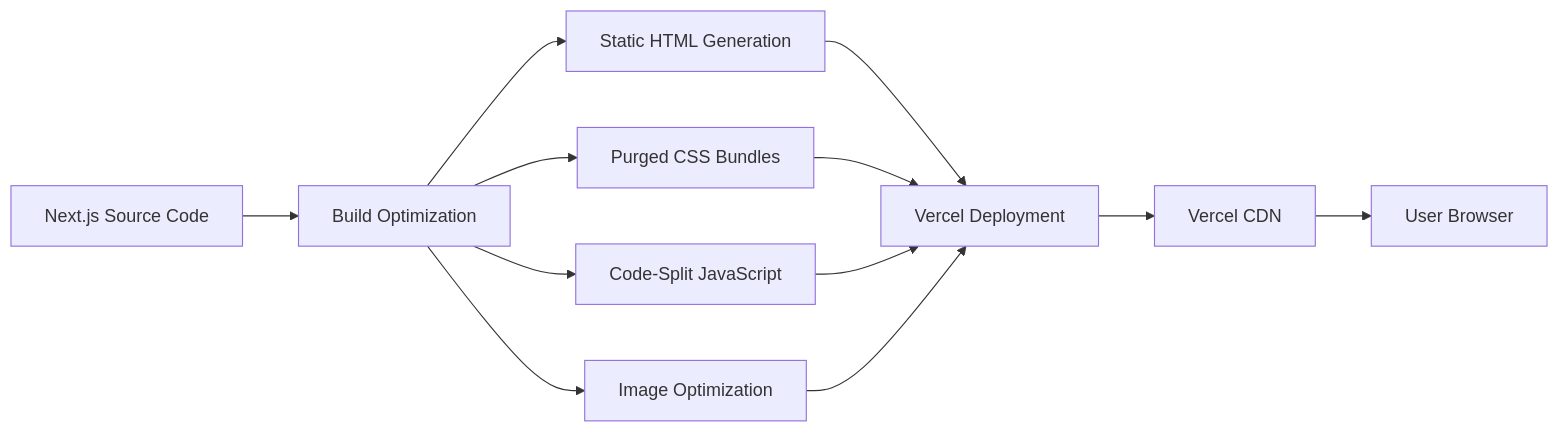
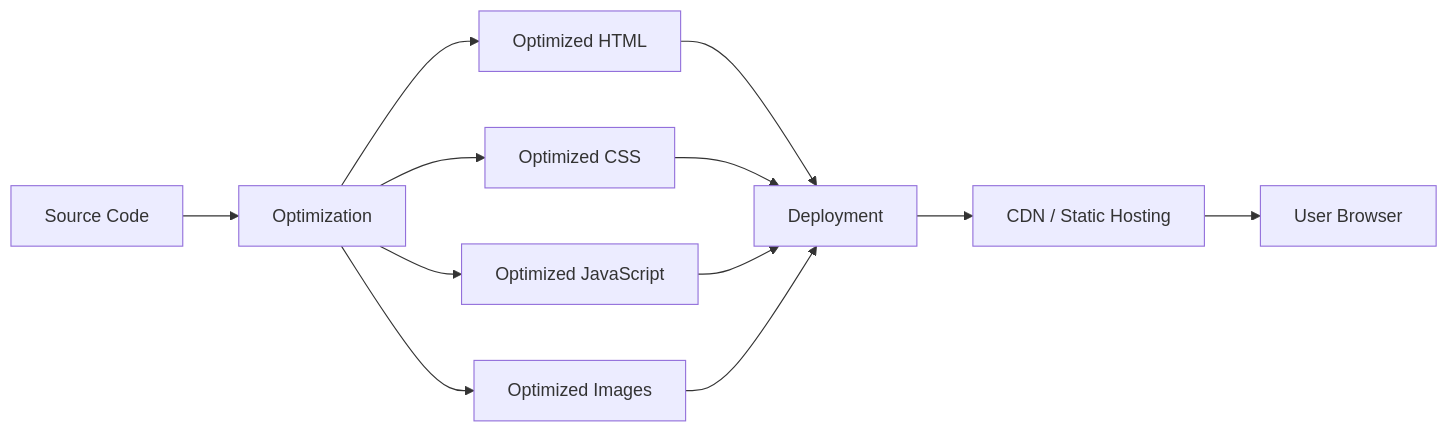
One commit to RishvinReddy/rishvin-reddy-portfolio changed the sixth of 9 diagrams in README.md. Above: the diagram before and after it, drawn with Mermaid. The commit also changed other lines of this file and 2 other files, not shown here.

````diff
--- a/README.md
+++ b/README.md
@@ -505,17 +540,21 @@
 ```mermaid
 flowchart LR
-    SRC[Next.js Source Code]
-    SRC --> OPT[Build Optimization]
-    OPT --> HTML[Static HTML Generation]
-    OPT --> CSS[Purged CSS Bundles]
-    OPT --> JS[Code-Split JavaScript]
-    OPT --> IMG[Image Optimization]
-    
-    HTML --> DEPLOY[Vercel Deployment]
+
+    SRC[Source Code]
+
+    SRC --> OPT[Optimization]
+
+    OPT --> HTML[Optimized HTML]
+    OPT --> CSS[Optimized CSS]
+    OPT --> JS[Optimized JavaScript]
+    OPT --> IMG[Optimized Images]
+
+    HTML --> DEPLOY[Deployment]
     CSS --> DEPLOY
     JS --> DEPLOY
     IMG --> DEPLOY
-    
-    DEPLOY --> CDN[Vercel CDN]
+
+    DEPLOY --> CDN[CDN / Static Hosting]
+
     CDN --> USER[User Browser]
 ```
````
